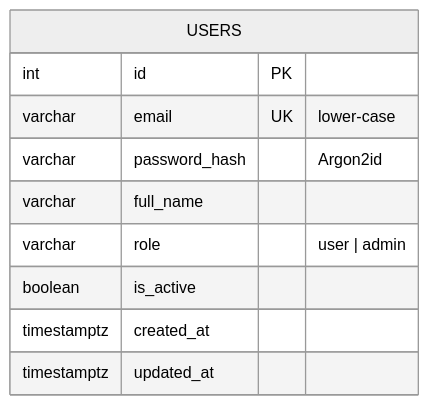
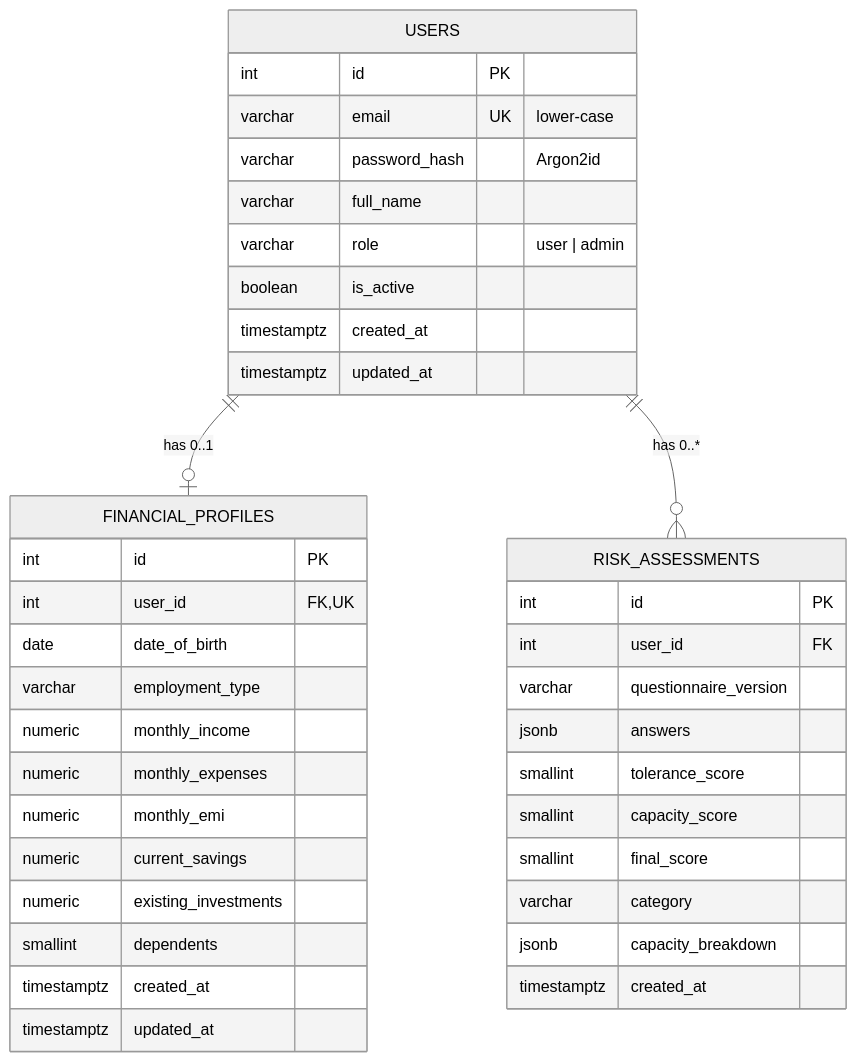
The diagram in docs/database.md (Mugundh98/goal_based_calculator), drawn with Mermaid (neutral theme) before and after one commit. The commit also changed other lines of this file and 10 other files, not shown here.

````diff
--- a/docs/database.md
+++ b/docs/database.md
@@ -9,13 +9,41 @@
 ```mermaid
 erDiagram
+    USERS ||--o| FINANCIAL_PROFILES : "has 0..1"
+    USERS ||--o{ RISK_ASSESSMENTS : "has 0..*"
     USERS {
         int id PK
         varchar email UK "lower-case"
         varchar password_hash "Argon2id"
         varchar full_name
         varchar role "user | admin"
         boolean is_active
         timestamptz created_at
         timestamptz updated_at
     }
+    FINANCIAL_PROFILES {
+        int id PK
+        int user_id FK,UK
+        date date_of_birth
+        varchar employment_type
+        numeric monthly_income
+        numeric monthly_expenses
+        numeric monthly_emi
+        numeric current_savings
+        numeric existing_investments
+        smallint dependents
+        timestamptz created_at
+        timestamptz updated_at
+    }
+    RISK_ASSESSMENTS {
+        int id PK
+        int user_id FK
+        varchar questionnaire_version
+        jsonb answers
+        smallint tolerance_score
+        smallint capacity_score
+        smallint final_score
+        varchar category
+        jsonb capacity_breakdown
+        timestamptz created_at
+    }
 ```
````
